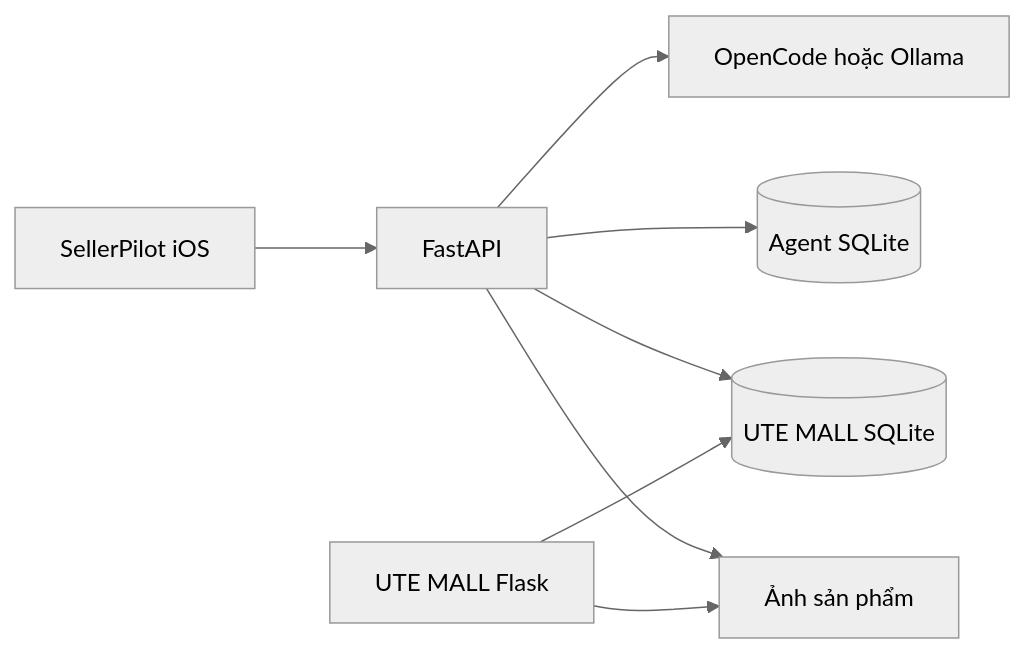
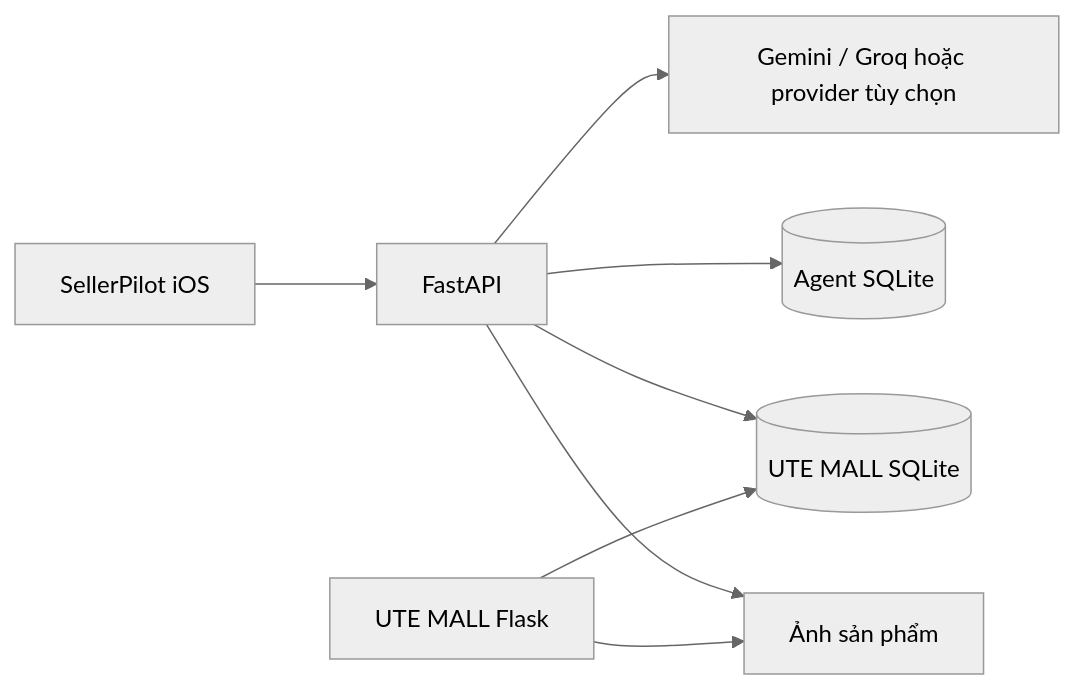
Before and after one commit to nguyenkhang310/shipcode-sellerpilot: the diagram in README.md, drawn with Mermaid (neutral theme). The commit also changed other lines of this file and 67 other files, not shown here.

````diff
--- a/README.md
+++ b/README.md
@@ -435,10 +437,10 @@
 ```mermaid
 flowchart LR
     Mobile[SellerPilot iOS] --> API[FastAPI]
-    API --> AI[OpenCode hoặc Ollama]
+    API --> AI[Gemini / Groq hoặc provider tùy chọn]
     API --> AgentDB[(Agent SQLite)]
     API --> StoreDB[(UTE MALL SQLite)]
     Store[UTE MALL Flask] --> StoreDB
     API --> Media[Ảnh sản phẩm]
     Store --> Media
 ```
````
